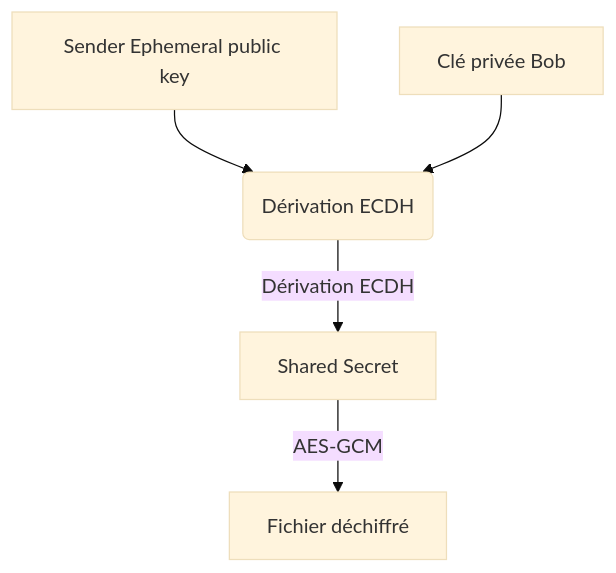
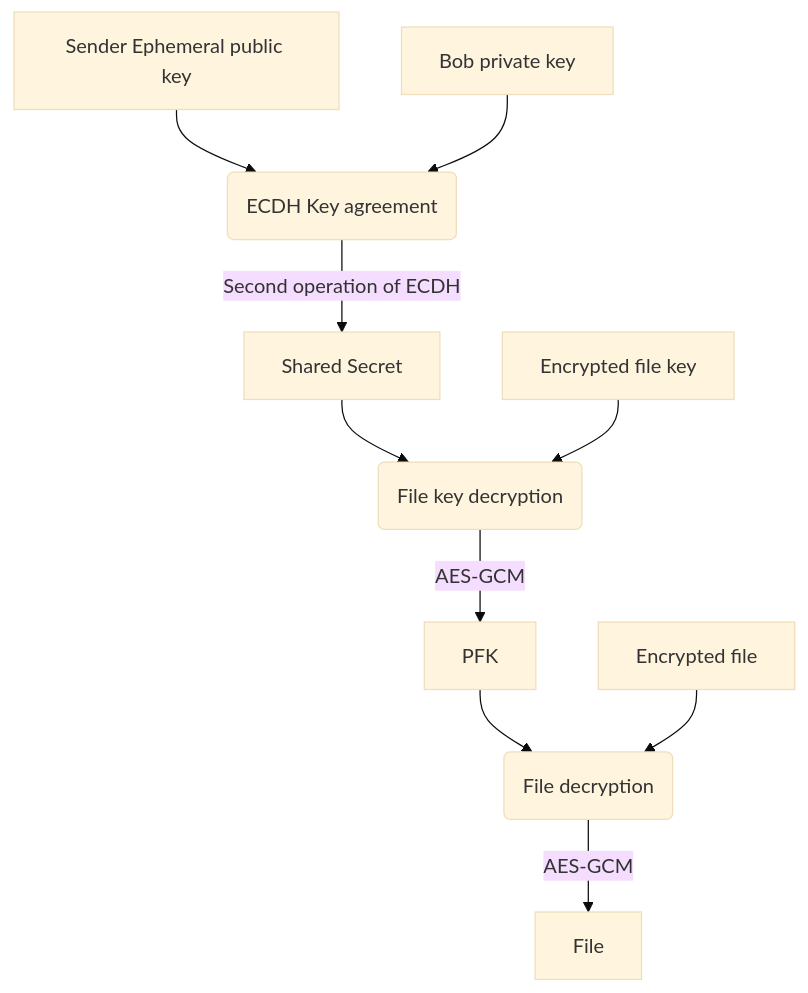
Before and after one commit to TurboThon/turbex: the third of 3 diagrams in TAD/README.md, drawn with Mermaid (base theme). The commit also changed other lines of this file, not shown here.

First line of the commit message:
Doc: Correct diagrams

````diff
--- a/TAD/README.md
+++ b/TAD/README.md
@@ -42,7 +44,13 @@
 ```mermaid
 graph TD
-	SEPUBK[Sender Ephemeral public key] --> PFKCompute
-	BPUBK[Clé privée Bob] --> PFKCompute
-	PFKCompute(Dérivation ECDH) -->|Dérivation ECDH| PFK
-	PFK[Shared Secret] -->|AES-GCM| EF[Fichier déchiffré]
+	SEPUBK[Sender Ephemeral public key] --> SSCompute
+	BPUBK[Bob private key] --> SSCompute
+	SSCompute(ECDH Key agreement) -->|Second operation of ECDH| SS
+	SS[Shared Secret] --> PFKCompute(File key decryption)
+
+    EPFK[Encrypted file key] --> PFKCompute
+    PFKCompute -->|AES-GCM| PFK
+    PFK --> FCompute(File decryption)
+    EF[Encrypted file] --> FCompute
+    FCompute -->|AES-GCM| F[File]
 ```
````
